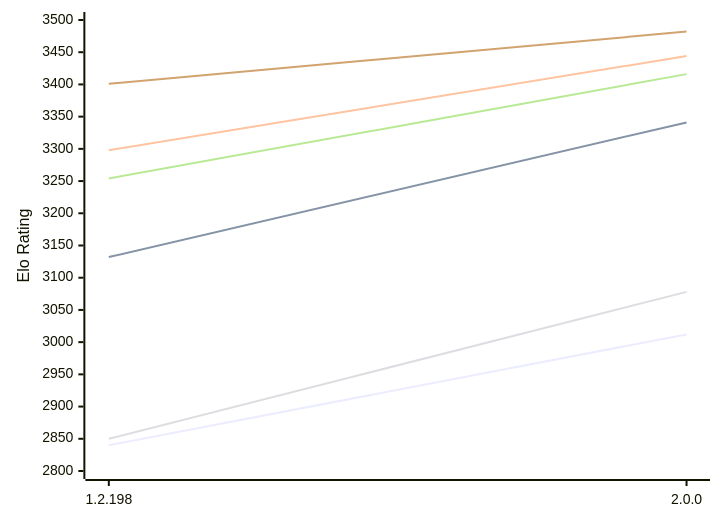
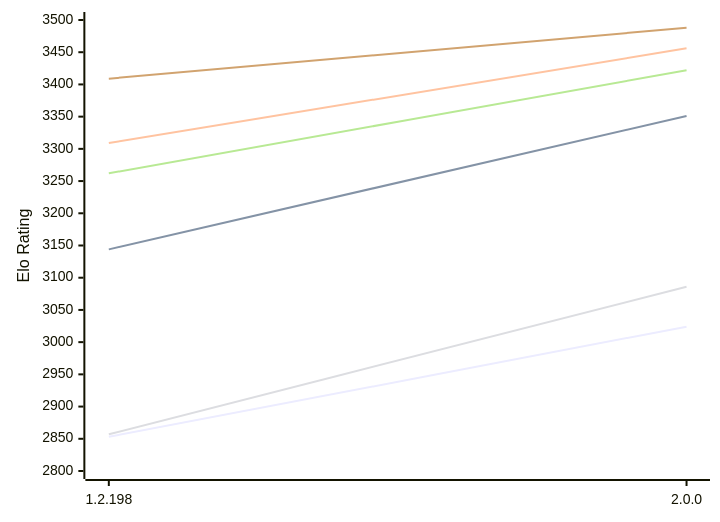
Before and after one commit to computer-chess-index/cci: the diagram in engines/Zenith.md, drawn with Mermaid. The commit also changed other lines of this file, not shown here.

Commit message:
Update CCI Ratings (ELO VLTC) - 2026-10-25

````diff
--- a/engines/Zenith.md
+++ b/engines/Zenith.md
@@ -49,12 +49,12 @@
 ```mermaid
 %%{init: {"theme":"base","themeVariables":{"seriesColors:['#a3a3a3','#222221','#faa371']}}}%%
 xychart-beta
   x-axis ["1.2.198", "2.0.0"]
   y-axis "Elo Rating" 2800 --> 3500
-  line "E1: STC (8.0+0.08s)" [2840, 3012]
-  line "E1: LTC (60.0+0.60s)" [3132, 3341]
-  line "E1: VLTC (2m24s+1.12s)" [3298, 3444]
-  line "P1: STC (8.0+0.08s)" [2850, 3078]
-  line "P1: LTC (60.0+0.60s)" [3254, 3416]
-  line "P1: VLTC (2m24s+1.12s)" [3401, 3482]
+  line "E1: STC (8.0+0.08s)" [2853, 3024]
+  line "E1: LTC (60.0+0.60s)" [3144, 3351]
+  line "E1: VLTC (2m24s+1.12s)" [3309, 3456]
+  line "P1: STC (8.0+0.08s)" [2857, 3086]
+  line "P1: LTC (60.0+0.60s)" [3262, 3422]
+  line "P1: VLTC (2m24s+1.12s)" [3409, 3488]
 ```
````
